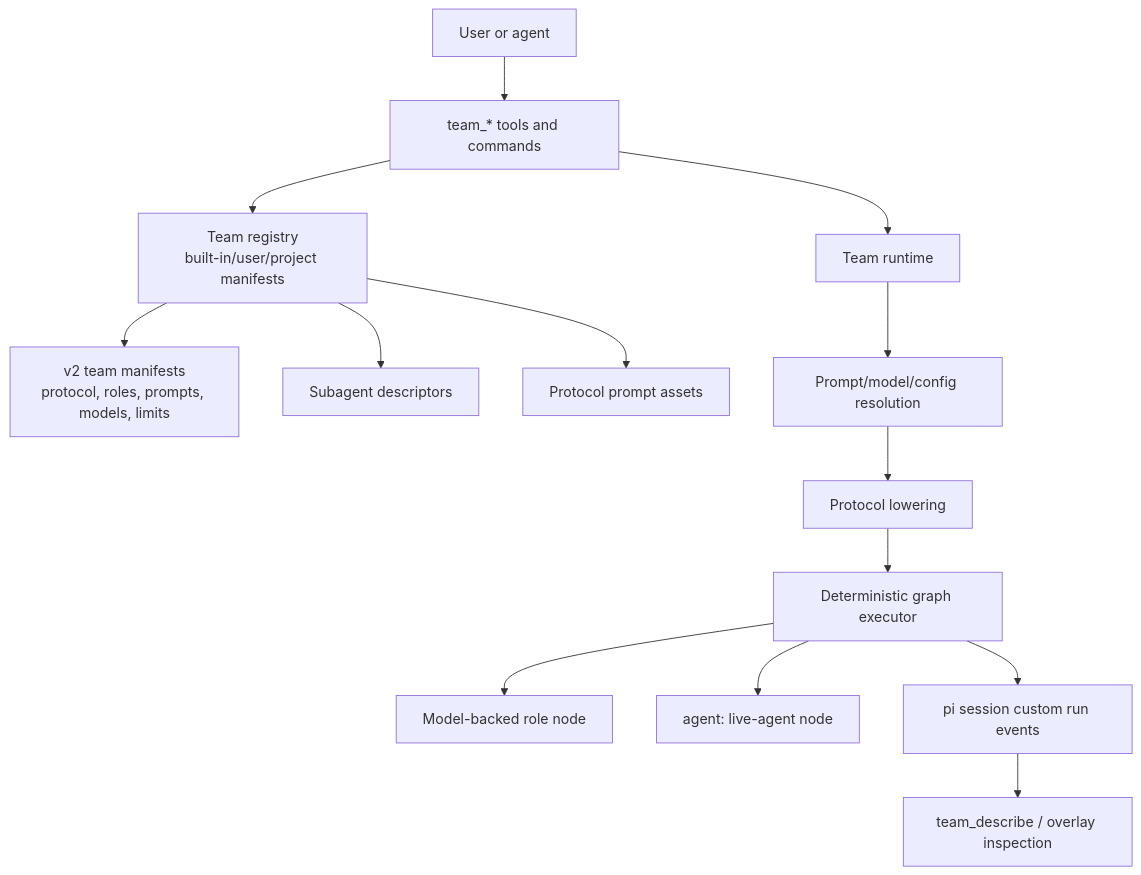
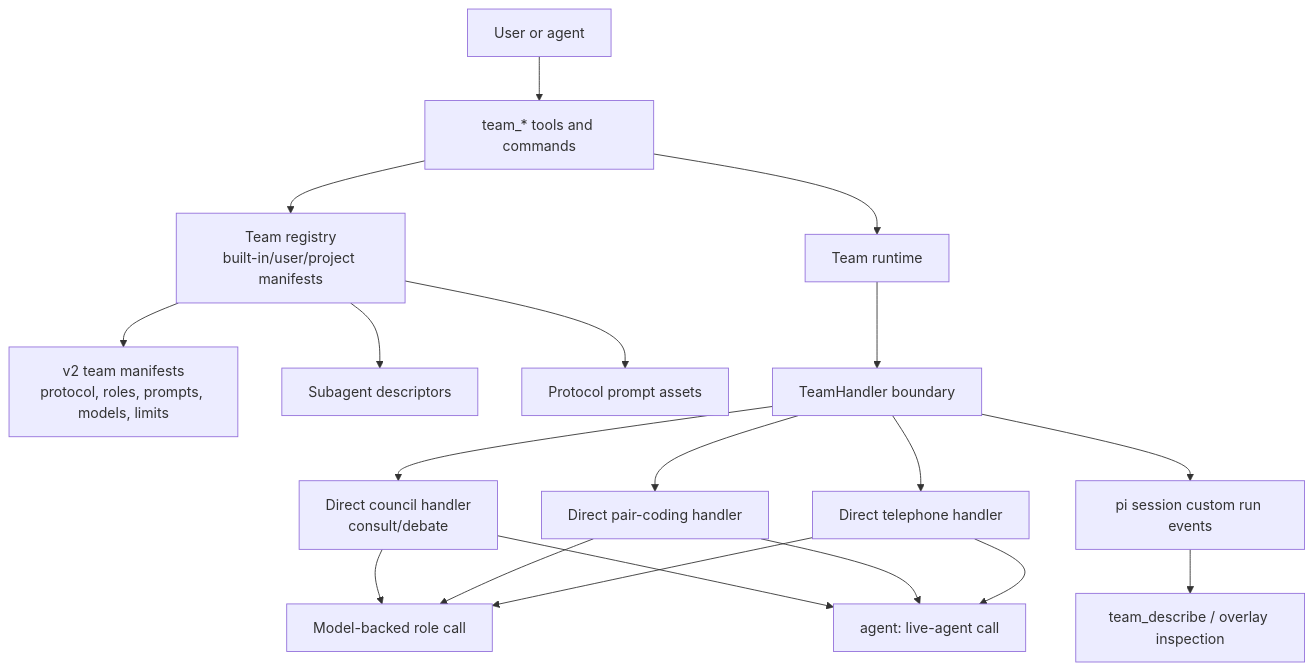
The diagram in docs/teams-future-improvements.md (tS7hKamAYL84j91/pi-tools-and-skills), drawn with Mermaid before and after one commit. The commit also changed other lines of this file and 19 other files, not shown here.

Commit message:
Simplify pi-teams direct protocol handlers

````diff
--- a/docs/teams-future-improvements.md
+++ b/docs/teams-future-improvements.md
@@ -13,19 +13,25 @@
 ```mermaid
 flowchart TD
   User[User or agent] --> Tools[team_* tools and commands]
   Tools --> Registry[Team registry\nbuilt-in/user/project manifests]
   Tools --> Runtime[Team runtime]
 
   Registry --> Manifests[v2 team manifests\nprotocol, roles, prompts, models, limits]
   Registry --> Subagents[Subagent descriptors]
   Registry --> Prompts[Protocol prompt assets]
 
-  Runtime --> Resolver[Prompt/model/config resolution]
-  Resolver --> Lowering[Protocol lowering]
-  Lowering --> Graph[Deterministic graph executor]
-  Graph --> ModelNode[Model-backed role node]
-  Graph --> LiveNode[agent:<name> live-agent node]
-  Graph --> State[pi session custom run events]
+  Runtime --> Handler[TeamHandler boundary]
+  Handler --> Council[Direct council handler\nconsult/debate]
+  Handler --> Pair[Direct pair-coding handler]
+  Handler --> Telephone[Direct telephone handler]
+
+  Council --> ModelNode[Model-backed role call]
+  Pair --> ModelNode
+  Telephone --> ModelNode
+  Council --> LiveNode[agent:<name> live-agent call]
+  Pair --> LiveNode
+  Telephone --> LiveNode
+  Handler --> State[pi session custom run events]
 
   State --> Inspect[team_describe / overlay inspection]
 ```
````
